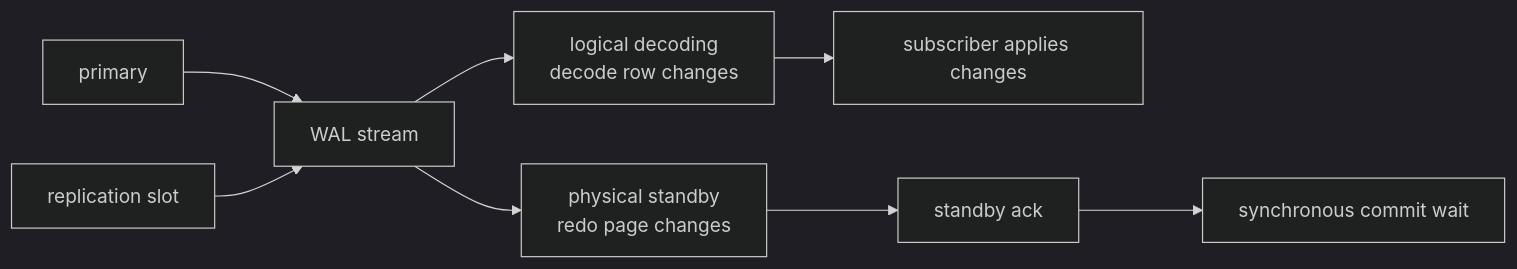
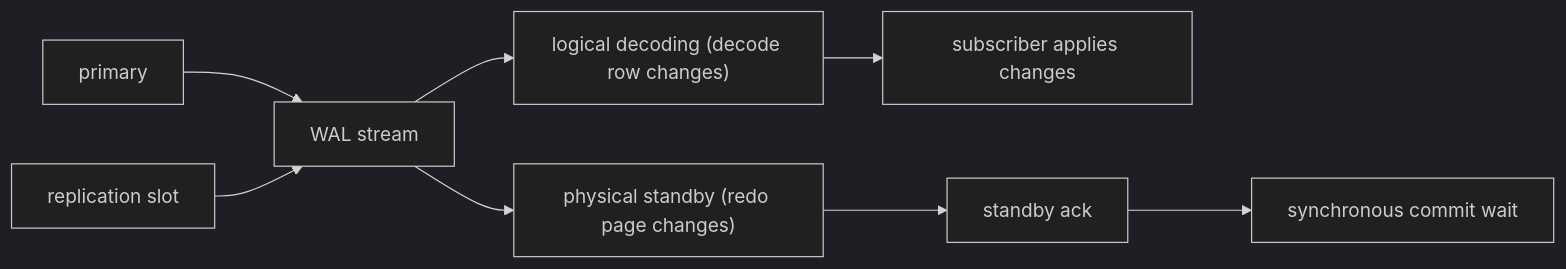
Before and after one commit to Dog-Du/Dog-Du.github.io: diagram 11 of 16 in content/posts/learning-database-industry-day011-2026-06-10-postgresql-oltp-storage.md, drawn with Mermaid (dark theme). The commit also changed other lines of this file and 2 other files, not shown here.

````diff
--- a/content/posts/learning-database-industry-day011-2026-06-10-postgresql-oltp-storage.md
+++ b/content/posts/learning-database-industry-day011-2026-06-10-postgresql-oltp-storage.md
@@ -503,11 +560,11 @@
 ```mermaid
 flowchart LR
     Primary[primary] --> WAL[WAL stream]
-    WAL --> PhysicalStandby[physical standby<br/>redo page changes]
-    WAL --> LogicalDecode[logical decoding<br/>decode row changes]
+    WAL --> PhysicalStandby["physical standby (redo page changes)"]
+    WAL --> LogicalDecode["logical decoding (decode row changes)"]
     LogicalDecode --> Subscriber[subscriber applies changes]
 
     Slot[replication slot] --> WAL
     StandbyAck[standby ack] --> SyncCommit[synchronous commit wait]
     PhysicalStandby --> StandbyAck
 ```
````
